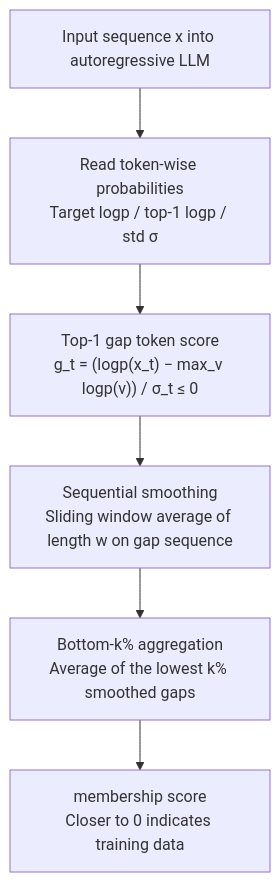
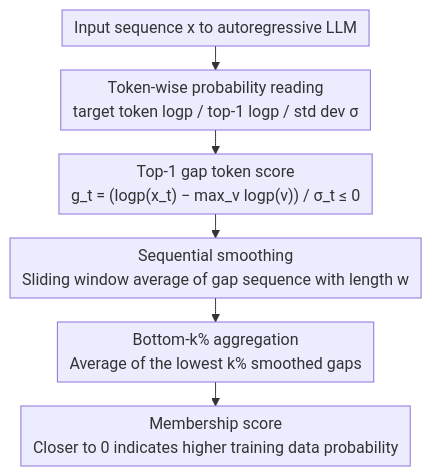
One commit to zhaoyang97/Paper-Notes-en changed the diagram in docs/ACL2026/llm_safety/gap-k_measuring_top-1_prediction_gap_for_detecting_pretraining_data.md. Above: the diagram before and after it, drawn with Mermaid. The commit also changed other lines of this file and 5084 other files, not shown here.

````diff
--- a/docs/ACL2026/llm_safety/gap-k_measuring_top-1_prediction_gap_for_detecting_pretraining_data.md
+++ b/docs/ACL2026/llm_safety/gap-k_measuring_top-1_prediction_gap_for_detecting_pretraining_data.md
@@ -44,8 +44,9 @@
 ```mermaid
+%%{init: {'flowchart': {'rankSpacing': 24, 'nodeSpacing': 28, 'padding': 6, 'wrappingWidth': 400}}}%%
 flowchart TD
-    A["Input sequence x into autoregressive LLM"] --> B["Read token-wise probabilities<br/>Target logp / top-1 logp / std σ"]
+    A["Input sequence x to autoregressive LLM"] --> B["Token-wise probability reading<br/>target token logp / top-1 logp / std dev σ"]
     B --> C["Top-1 gap token score<br/>g_t = (logp(x_t) − max_v logp(v)) / σ_t ≤ 0"]
-    C --> D["Sequential smoothing<br/>Sliding window average of length w on gap sequence"]
+    C --> D["Sequential smoothing<br/>Sliding window average of gap sequence with length w"]
     D --> E["Bottom-k% aggregation<br/>Average of the lowest k% smoothed gaps"]
-    E --> F["membership score<br/>Closer to 0 indicates training data"]
+    E --> F["Membership score<br/>Closer to 0 indicates higher training data probability"]
 ```
````
